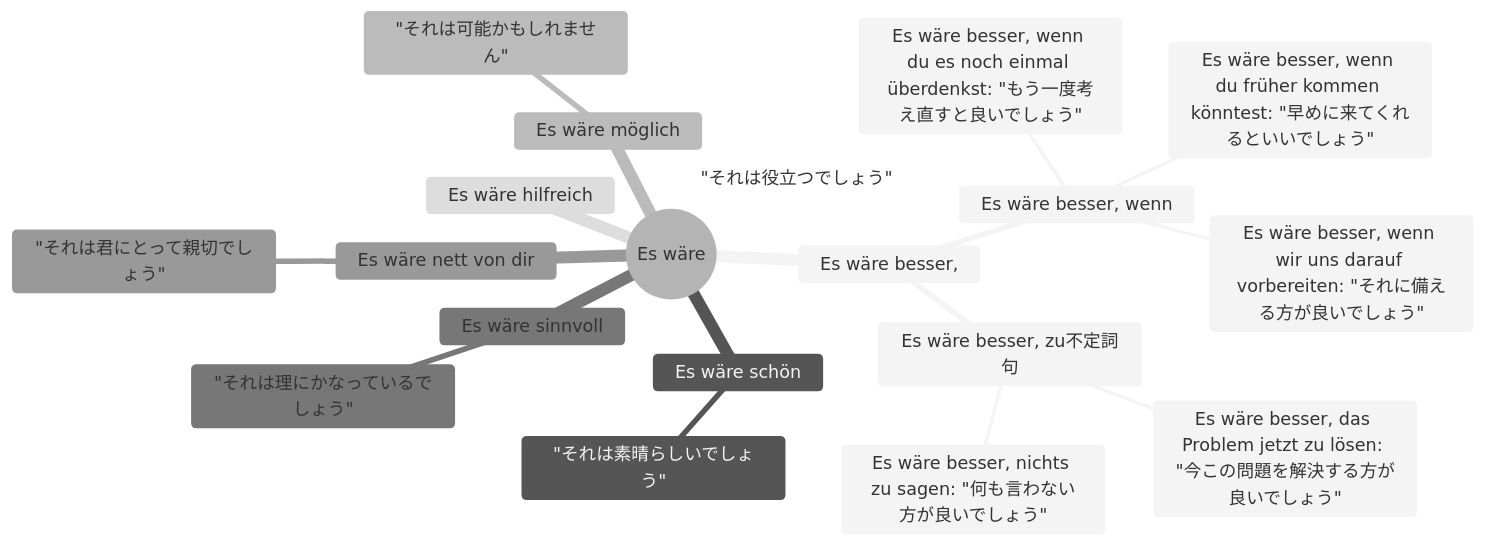
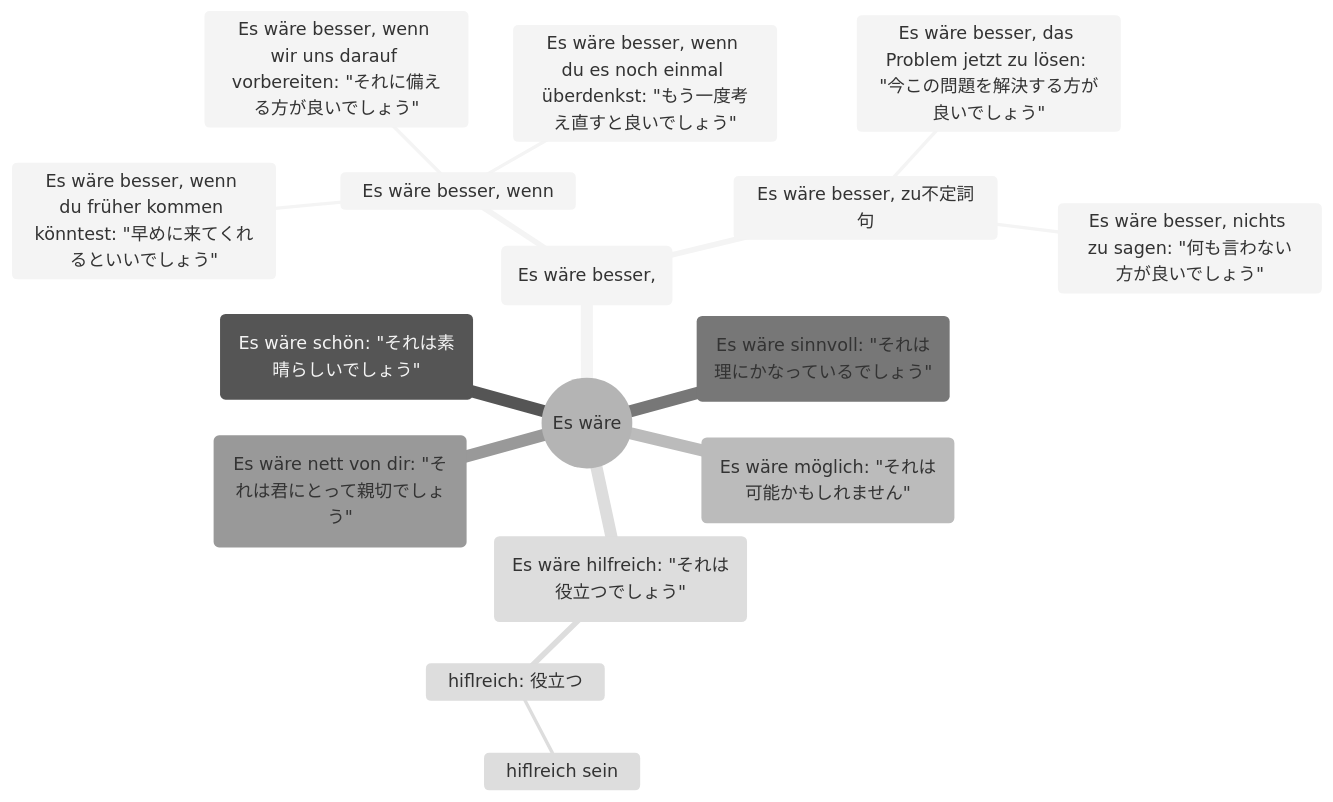
Before and after one commit to hyonsoku/mindmap: the fifth of 5 diagrams in Dutesch/deutsch.md, drawn with Mermaid (neutral theme).

Commit message:
Update es waere

````diff
--- a/Dutesch/deutsch.md
+++ b/Dutesch/deutsch.md
@@ -63,22 +63,19 @@
 ```mermaid
 mindmap
   root((Es wäre))
-    Es wäre besser,
+    (Es wäre besser,)
         Es wäre besser, wenn
             Es wäre besser, wenn du früher kommen könntest: "早めに来てくれるといいでしょう"
             Es wäre besser, wenn wir uns darauf vorbereiten: "それに備える方が良いでしょう"
             Es wäre besser, wenn du es noch einmal überdenkst: "もう一度考え直すと良いでしょう"
         Es wäre besser, zu不定詞句
             Es wäre besser, das Problem jetzt zu lösen: "今この問題を解決する方が良いでしょう"
             Es wäre besser, nichts zu sagen: "何も言わない方が良いでしょう"
-    Es wäre schön
-        "それは素晴らしいでしょう"
-    Es wäre möglich
-        "それは可能かもしれません"
-    Es wäre sinnvoll
-        "それは理にかなっているでしょう"
-    Es wäre nett von dir
-        "それは君にとって親切でしょう"
-    Es wäre hilfreich
-    "それは役立つでしょう"
+    (Es wäre schön: "それは素晴らしいでしょう")
+    (Es wäre möglich: "それは可能かもしれません")
+    (Es wäre sinnvoll: "それは理にかなっているでしょう")
+    (Es wäre nett von dir: "それは君にとって親切でしょう")
+    (Es wäre hilfreich: "それは役立つでしょう")
+            hiflreich: 役立つ
+                hiflreich sein
 ```
````
